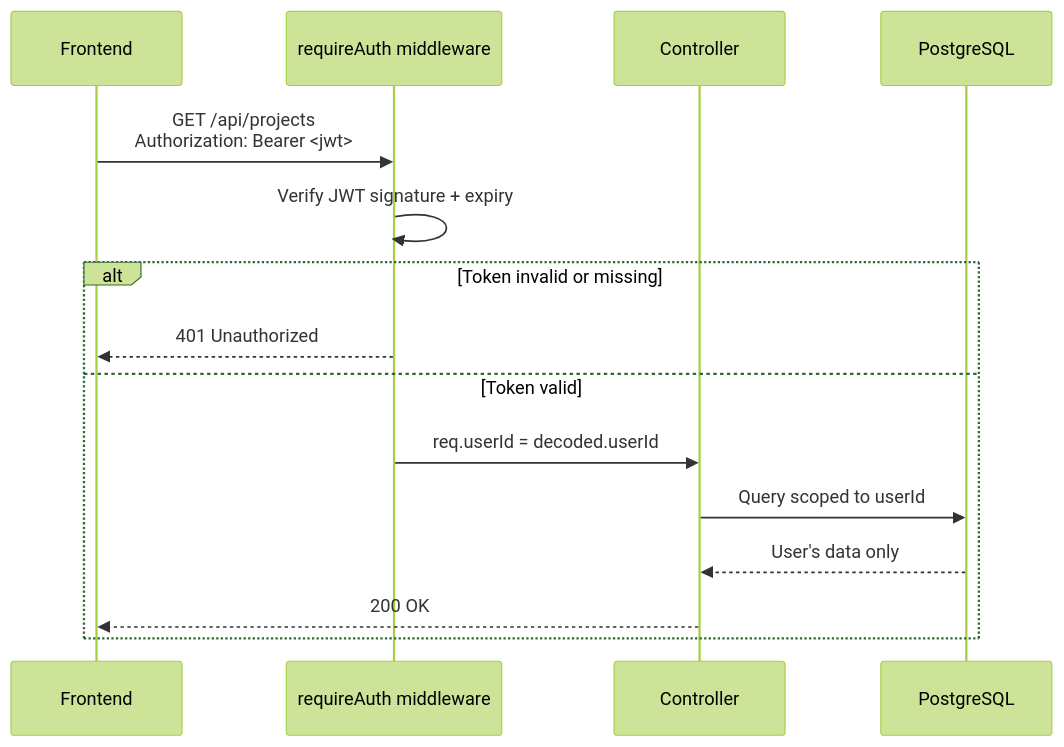
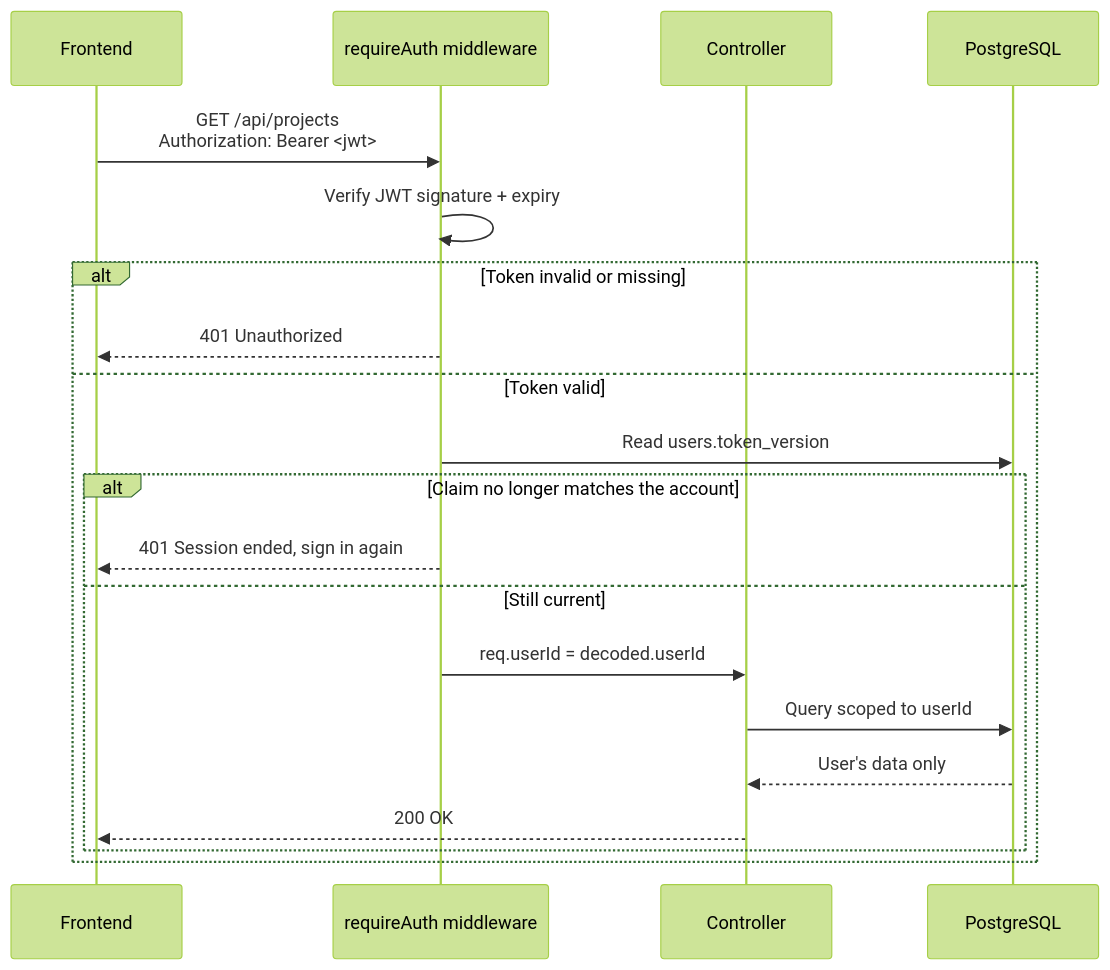
The first of 2 diagrams in apps/backend/AUTHENTICATION.md (DiMpho-20/coms3011a-logbook-digital-logbook), drawn with Mermaid (forest theme) before and after one commit. The commit also changed other lines of this file and 4 other files, not shown here.

````diff
--- a/apps/backend/AUTHENTICATION.md
+++ b/apps/backend/AUTHENTICATION.md
@@ -59,18 +60,23 @@
 ```mermaid
 sequenceDiagram
     participant FE as Frontend
     participant MW as requireAuth middleware
     participant C as Controller
     participant DB as PostgreSQL
 
     FE->>MW: GET /api/projects<br/>Authorization: Bearer <jwt>
     MW->>MW: Verify JWT signature + expiry
     alt Token invalid or missing
         MW-->>FE: 401 Unauthorized
     else Token valid
-        MW->>C: req.userId = decoded.userId
-        C->>DB: Query scoped to userId
-        DB-->>C: User's data only
-        C-->>FE: 200 OK
+        MW->>DB: Read users.token_version
+        alt Claim no longer matches the account
+            MW-->>FE: 401 Session ended, sign in again
+        else Still current
+            MW->>C: req.userId = decoded.userId
+            C->>DB: Query scoped to userId
+            DB-->>C: User's data only
+            C-->>FE: 200 OK
+        end
     end
 ```
````
